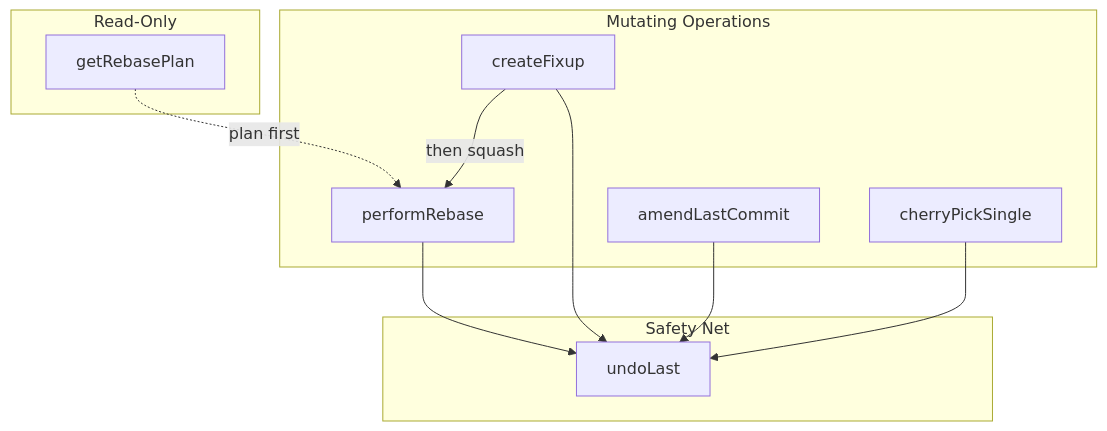
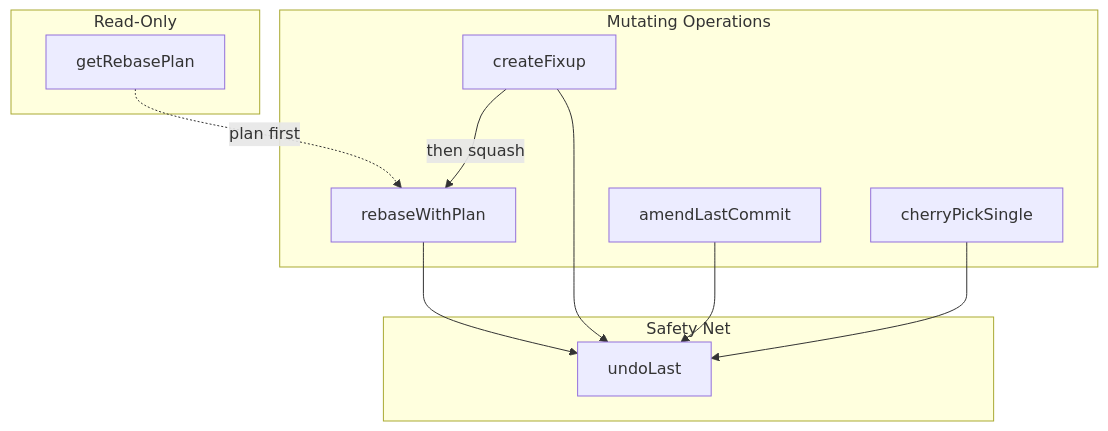
One commit to yaniv-golan/git-hex changed the second of 2 diagrams in README.md. Above: the diagram before and after it, drawn with Mermaid. The commit also changed other lines of this file and 55 other files, not shown here.

````diff
--- a/README.md
+++ b/README.md
@@ -35,25 +35,25 @@
 ```mermaid
 flowchart TB
     subgraph readonly["Read-Only"]
         plan[getRebasePlan]
     end
     
     subgraph mutating["Mutating Operations"]
-        rebase[performRebase]
+        rebase[rebaseWithPlan]
         fixup[createFixup]
         amend[amendLastCommit]
         cherry[cherryPickSingle]
     end
     
     subgraph safety["Safety Net"]
         undo[undoLast]
     end
     
     plan -.->|"plan first"| rebase
     fixup -->|"then squash"| rebase
     
     rebase --> undo
     fixup --> undo
     amend --> undo
     cherry --> undo
 ```
````
